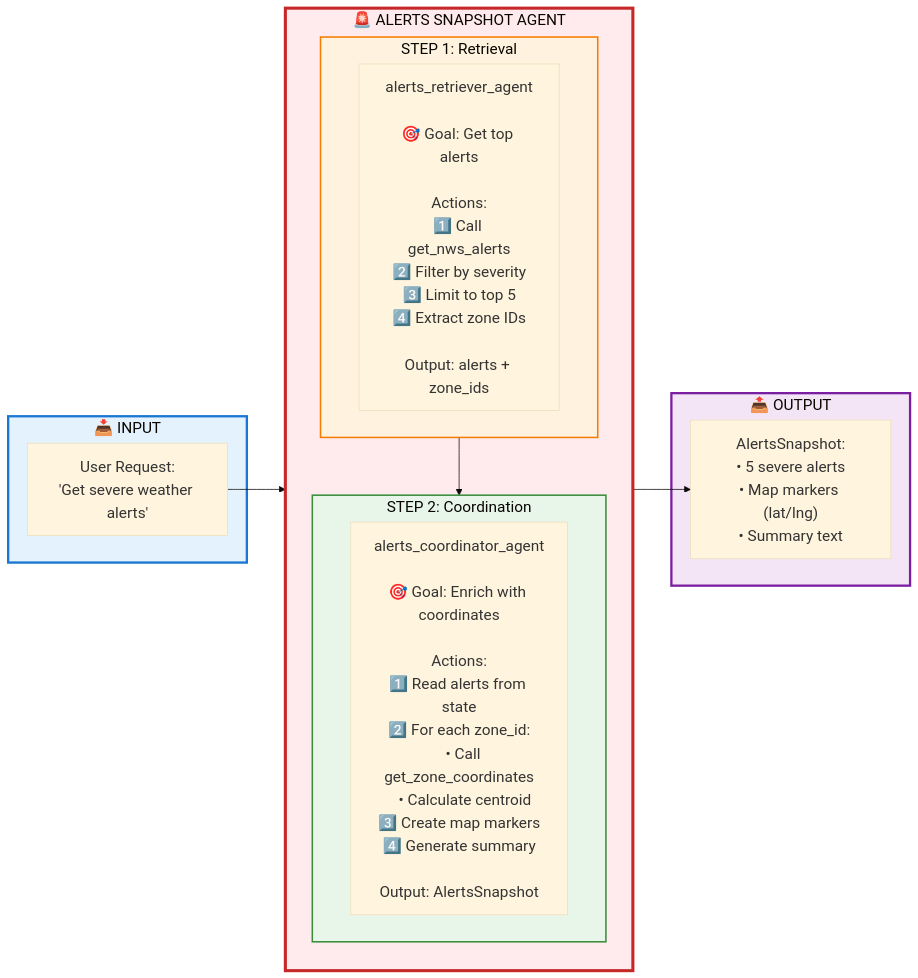
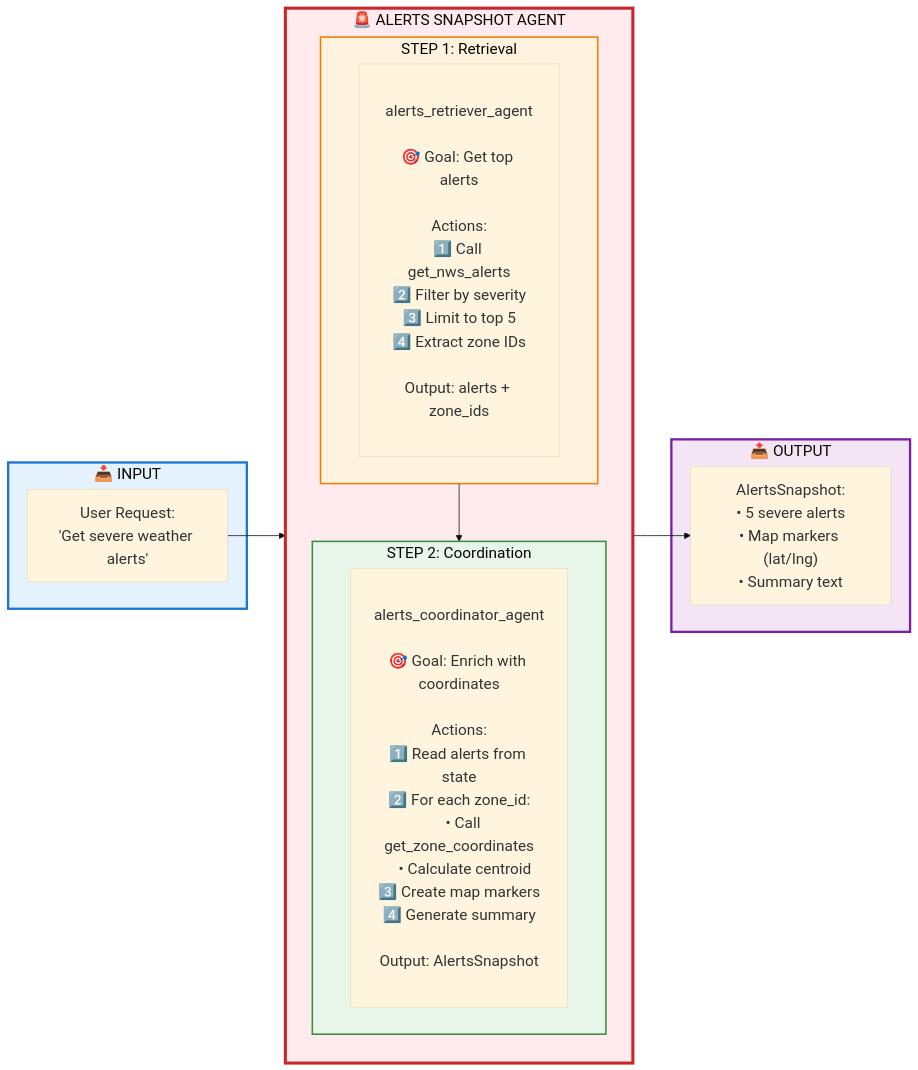
The first of 2 diagrams in FLOW_DASHBOARD_ALERTS.md (andersondang/weather_insights_and_forecase_advisor), drawn with Mermaid before and after one commit. The commit also changed 5 other files, not shown here.

Commit message:
Added flow documents for all 6 agents with improved diagram block heights

````diff
--- a/FLOW_DASHBOARD_ALERTS.md
+++ b/FLOW_DASHBOARD_ALERTS.md
@@ -24,34 +24,34 @@
 ```mermaid
 %%{init: {'theme':'base', 'themeVariables': { 'fontSize':'20px', 'fontFamily':'arial'}}}%%
 graph LR
     subgraph Input["📥 INPUT"]
         UserRequest["User Request:<br/>'Get severe weather alerts'"]
     end
     
     subgraph AlertsAgent["🚨 ALERTS SNAPSHOT AGENT"]
         direction TB
         
         subgraph Step1["STEP 1: Retrieval"]
-            Retriever["alerts_retriever_agent<br/><br/>🎯 Goal: Get top alerts<br/><br/>Actions:<br/>1️⃣ Call get_nws_alerts<br/>2️⃣ Filter by severity<br/>3️⃣ Limit to top 5<br/>4️⃣ Extract zone IDs<br/><br/>Output: alerts + zone_ids"]
+            Retriever["<br/>alerts_retriever_agent<br/><br/>🎯 Goal: Get top alerts<br/><br/>Actions:<br/>1️⃣ Call get_nws_alerts<br/>2️⃣ Filter by severity<br/>3️⃣ Limit to top 5<br/>4️⃣ Extract zone IDs<br/><br/>Output: alerts + zone_ids<br/><br/>"]
         end
         
         subgraph Step2["STEP 2: Coordination"]
-            Coordinator["alerts_coordinator_agent<br/><br/>🎯 Goal: Enrich with coordinates<br/><br/>Actions:<br/>1️⃣ Read alerts from state<br/>2️⃣ For each zone_id:<br/>   • Call get_zone_coordinates<br/>   • Calculate centroid<br/>3️⃣ Create map markers<br/>4️⃣ Generate summary<br/><br/>Output: AlertsSnapshot"]
+            Coordinator["<br/>alerts_coordinator_agent<br/><br/>🎯 Goal: Enrich with coordinates<br/><br/>Actions:<br/>1️⃣ Read alerts from state<br/>2️⃣ For each zone_id:<br/>   • Call get_zone_coordinates<br/>   • Calculate centroid<br/>3️⃣ Create map markers<br/>4️⃣ Generate summary<br/><br/>Output: AlertsSnapshot<br/><br/>"]
         end
         
         Step1 --> Step2
     end
     
     subgraph Output["📤 OUTPUT"]
         Response["AlertsSnapshot:<br/>• 5 severe alerts<br/>• Map markers (lat/lng)<br/>• Summary text"]
     end
     
     UserRequest --> Step1
     Step2 --> Response
     
     style Input fill:#e3f2fd,stroke:#1976d2,stroke-width:3px
     style AlertsAgent fill:#ffebee,stroke:#c62828,stroke-width:4px
     style Step1 fill:#fff3e0,stroke:#f57c00,stroke-width:2px
     style Step2 fill:#e8f5e9,stroke:#388e3c,stroke-width:2px
     style Output fill:#f3e5f5,stroke:#7b1fa2,stroke-width:3px
 ```
````
